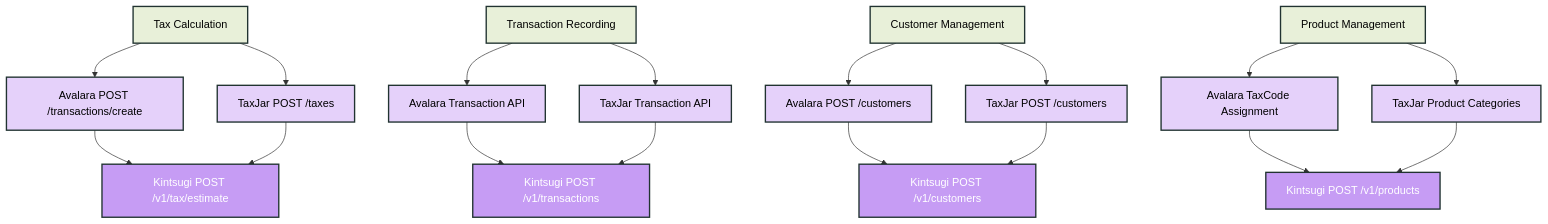
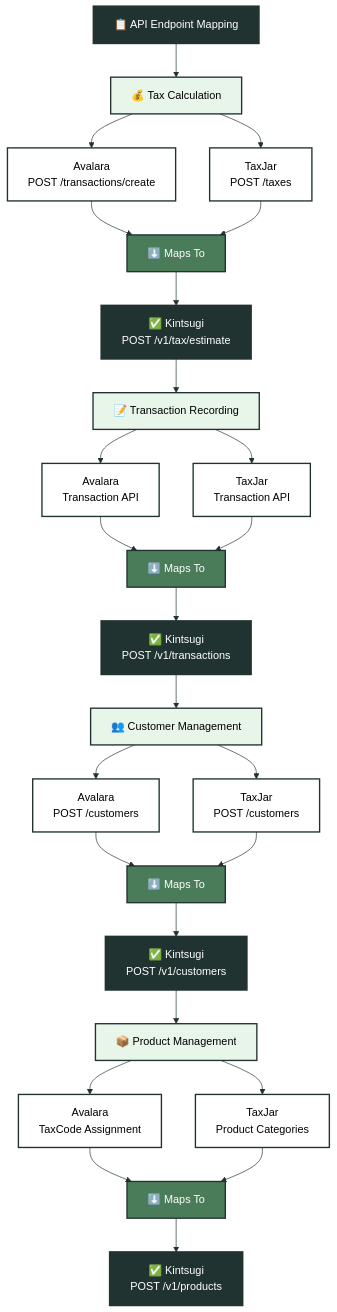
One commit to kintsugi-tax/docs-v2 changed the first of 2 diagrams in docs/guides/migrating-from-avalara-taxjar.mdx. Above: the diagram before and after it, drawn with Mermaid. The commit also changed other lines of this file and 6 other files, not shown here.

Commit message:
fix mermaid diagram appearance in dark mode

````diff
--- a/docs/guides/migrating-from-avalara-taxjar.mdx
+++ b/docs/guides/migrating-from-avalara-taxjar.mdx
@@ -41,39 +41,57 @@
 ```mermaid
+%%{init: {'theme':'base', 'themeVariables': {'primaryColor':'#FFFFFF','primaryTextColor':'#213331','primaryBorderColor':'#213331','lineColor':'#213331','secondaryColor':'#FFFFFF','tertiaryColor':'#213331','edgeLabelBackground':'transparent','edgeStrokeWidth':'2px','edgeStroke':'#213331','arrowheadColor':'#213331','clusterBkg':'transparent','clusterBorder':'#213331','defaultLinkColor':'#213331'}}}%%
 flowchart TD
-    A[Tax Calculation] --> B[Avalara POST /transactions/create]
-    A --> C[TaxJar POST /taxes]
-    B --> D[Kintsugi POST /v1/tax/estimate]
-    C --> D
+    Start["📋 API Endpoint Mapping"] --> TaxCalc
     
-    E[Transaction Recording] --> F[Avalara Transaction API]
-    E --> G[TaxJar Transaction API]
-    F --> H[Kintsugi POST /v1/transactions]
-    G --> H
+    TaxCalc["💰 Tax Calculation"] --> Avalara1["Avalara<br/>POST /transactions/create"]
+    TaxCalc --> TaxJar1["TaxJar<br/>POST /taxes"]
+    Avalara1 --> MapsTo1["⬇️ Maps To"]
+    TaxJar1 --> MapsTo1
+    MapsTo1 --> Kintsugi1["✅ Kintsugi<br/>POST /v1/tax/estimate"]
     
-    I[Customer Management] --> J[Avalara POST /customers]
-    I --> K[TaxJar POST /customers]
-    J --> L[Kintsugi POST /v1/customers]
-    K --> L
+    Kintsugi1 --> TransRec
     
-    M[Product Management] --> N[Avalara TaxCode Assignment]
-    M --> O[TaxJar Product Categories]
-    N --> P[Kintsugi POST /v1/products]
-    O --> P
+    TransRec["📝 Transaction Recording"] --> Avalara2["Avalara<br/>Transaction API"]
+    TransRec --> TaxJar2["TaxJar<br/>Transaction API"]
+    Avalara2 --> MapsTo2["⬇️ Maps To"]
+    TaxJar2 --> MapsTo2
+    MapsTo2 --> Kintsugi2["✅ Kintsugi<br/>POST /v1/transactions"]
     
-    style A fill:#E8F0D9,stroke:#213331,stroke-width:2px,color:#000000
-    style B fill:#E5D1FA,stroke:#213331,stroke-width:2px,color:#000000
-    style C fill:#E5D1FA,stroke:#213331,stroke-width:2px,color:#000000
-    style D fill:#C69CF4,stroke:#213331,stroke-width:2px,color:#FFFFFF
-    style E fill:#E8F0D9,stroke:#213331,stroke-width:2px,color:#000000
-    style F fill:#E5D1FA,stroke:#213331,stroke-width:2px,color:#000000
-    style G fill:#E5D1FA,stroke:#213331,stroke-width:2px,color:#000000
-    style H fill:#C69CF4,stroke:#213331,stroke-width:2px,color:#FFFFFF
-    style I fill:#E8F0D9,stroke:#213331,stroke-width:2px,color:#000000
-    style J fill:#E5D1FA,stroke:#213331,stroke-width:2px,color:#000000
-    style K fill:#E5D1FA,stroke:#213331,stroke-width:2px,color:#000000
-    style L fill:#C69CF4,stroke:#213331,stroke-width:2px,color:#FFFFFF
-    style M fill:#E8F0D9,stroke:#213331,stroke-width:2px,color:#000000
-    style N fill:#E5D1FA,stroke:#213331,stroke-width:2px,color:#000000
-    style O fill:#E5D1FA,stroke:#213331,stroke-width:2px,color:#000000
-    style P fill:#C69CF4,stroke:#213331,stroke-width:2px,color:#FFFFFF
+    Kintsugi2 --> CustMgmt
+    
+    CustMgmt["👥 Customer Management"] --> Avalara3["Avalara<br/>POST /customers"]
+    CustMgmt --> TaxJar3["TaxJar<br/>POST /customers"]
+    Avalara3 --> MapsTo3["⬇️ Maps To"]
+    TaxJar3 --> MapsTo3
+    MapsTo3 --> Kintsugi3["✅ Kintsugi<br/>POST /v1/customers"]
+    
+    Kintsugi3 --> ProdMgmt
+    
+    ProdMgmt["📦 Product Management"] --> Avalara4["Avalara<br/>TaxCode Assignment"]
+    ProdMgmt --> TaxJar4["TaxJar<br/>Product Categories"]
+    Avalara4 --> MapsTo4["⬇️ Maps To"]
+    TaxJar4 --> MapsTo4
+    MapsTo4 --> Kintsugi4["✅ Kintsugi<br/>POST /v1/products"]
+    
+    style Start fill:#213331,stroke:#213331,stroke-width:3px,color:#FFFFFF
+    style TaxCalc fill:#e8f5e9,stroke:#213331,stroke-width:2px,color:#000000
+    style TransRec fill:#e8f5e9,stroke:#213331,stroke-width:2px,color:#000000
+    style CustMgmt fill:#e8f5e9,stroke:#213331,stroke-width:2px,color:#000000
+    style ProdMgmt fill:#e8f5e9,stroke:#213331,stroke-width:2px,color:#000000
+    style Avalara1 fill:#FFFFFF,stroke:#213331,stroke-width:2px,color:#000000
+    style Avalara2 fill:#FFFFFF,stroke:#213331,stroke-width:2px,color:#000000
+    style Avalara3 fill:#FFFFFF,stroke:#213331,stroke-width:2px,color:#000000
+    style Avalara4 fill:#FFFFFF,stroke:#213331,stroke-width:2px,color:#000000
+    style TaxJar1 fill:#FFFFFF,stroke:#213331,stroke-width:2px,color:#000000
+    style TaxJar2 fill:#FFFFFF,stroke:#213331,stroke-width:2px,color:#000000
+    style TaxJar3 fill:#FFFFFF,stroke:#213331,stroke-width:2px,color:#000000
+    style TaxJar4 fill:#FFFFFF,stroke:#213331,stroke-width:2px,color:#000000
+    style MapsTo1 fill:#4a7c59,stroke:#213331,stroke-width:2px,color:#FFFFFF
+    style MapsTo2 fill:#4a7c59,stroke:#213331,stroke-width:2px,color:#FFFFFF
+    style MapsTo3 fill:#4a7c59,stroke:#213331,stroke-width:2px,color:#FFFFFF
+    style MapsTo4 fill:#4a7c59,stroke:#213331,stroke-width:2px,color:#FFFFFF
+    style Kintsugi1 fill:#213331,stroke:#213331,stroke-width:3px,color:#FFFFFF
+    style Kintsugi2 fill:#213331,stroke:#213331,stroke-width:3px,color:#FFFFFF
+    style Kintsugi3 fill:#213331,stroke:#213331,stroke-width:3px,color:#FFFFFF
+    style Kintsugi4 fill:#213331,stroke:#213331,stroke-width:3px,color:#FFFFFF
 ```
````
